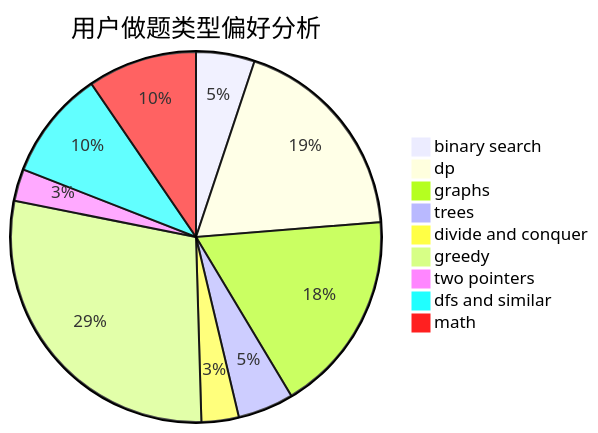
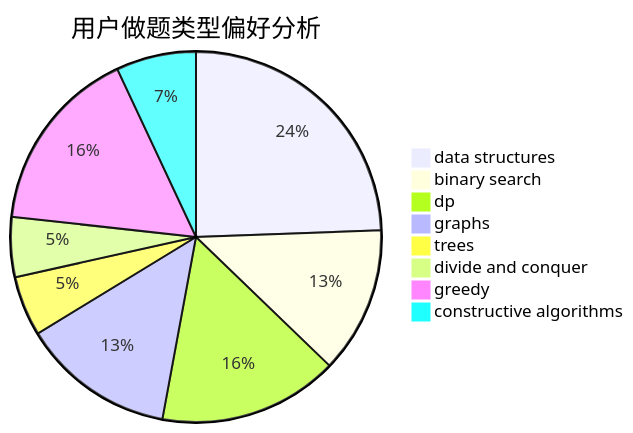
The second of 3 diagrams in docs/user/u1644.md (sherpahu/cfrs.github.io), drawn with Mermaid before and after one commit. The commit also changed other lines of this file and 2775 other files, not shown here.

````diff
--- a/docs/user/u1644.md
+++ b/docs/user/u1644.md
@@ -23,12 +23,11 @@
 ```mermaid
 pie title 用户做题类型偏好分析
+    "data structures" :  42
     "binary search" :  22
-    "dp" :  80
-    "graphs" :  76
-    "trees" :  21
-    "divide and conquer" :  14
-    "greedy" :  123
-    "two pointers" :  12
-    "dfs and similar" :  41
-    "math" :  41
+    "dp" :  27
+    "graphs" :  23
+    "trees" :  9
+    "divide and conquer" :  9
+    "greedy" :  28
+    "constructive algorithms" :  12
 ```
````
